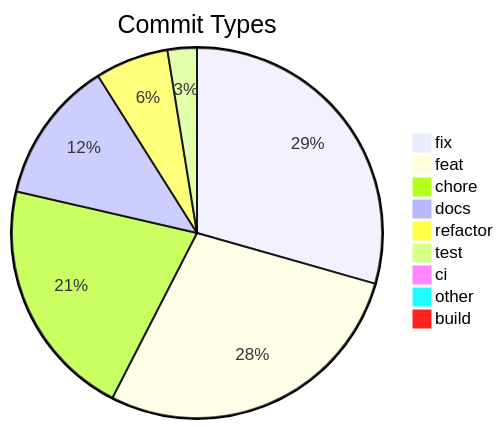
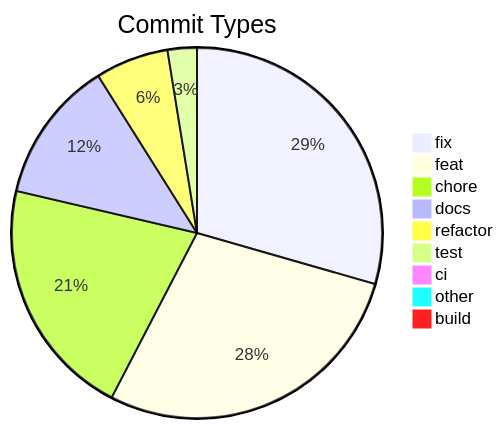
Before and after one commit to svenroth-ai/shipwright: the diagram in .shipwright/compliance/change-history.md, drawn with Mermaid. The commit also changed other lines of this file and 38 other files, not shown here.

````diff
--- a/.shipwright/compliance/change-history.md
+++ b/.shipwright/compliance/change-history.md
@@ -8,12 +8,12 @@
 ```mermaid
 pie title Commit Types
-    "fix" : 345
-    "feat" : 330
+    "fix" : 346
+    "feat" : 331
     "chore" : 247
     "docs" : 146
     "refactor" : 75
     "test" : 30
     "ci" : 11
     "other" : 9
     "build" : 1
 ```
````
